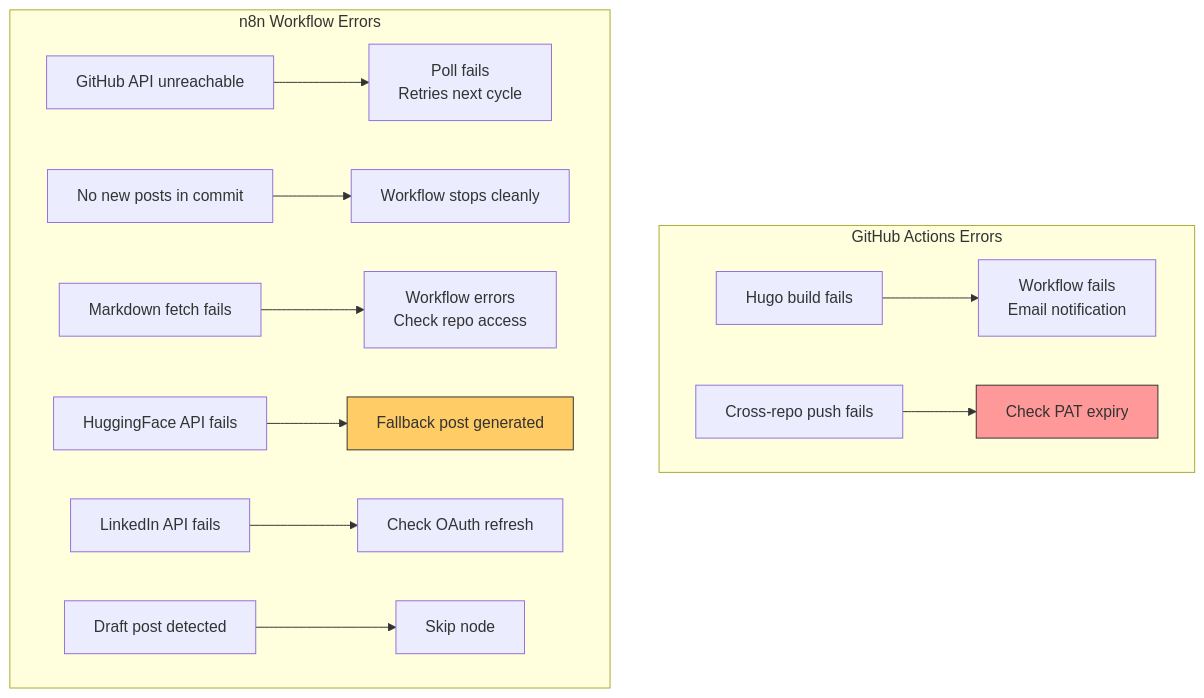
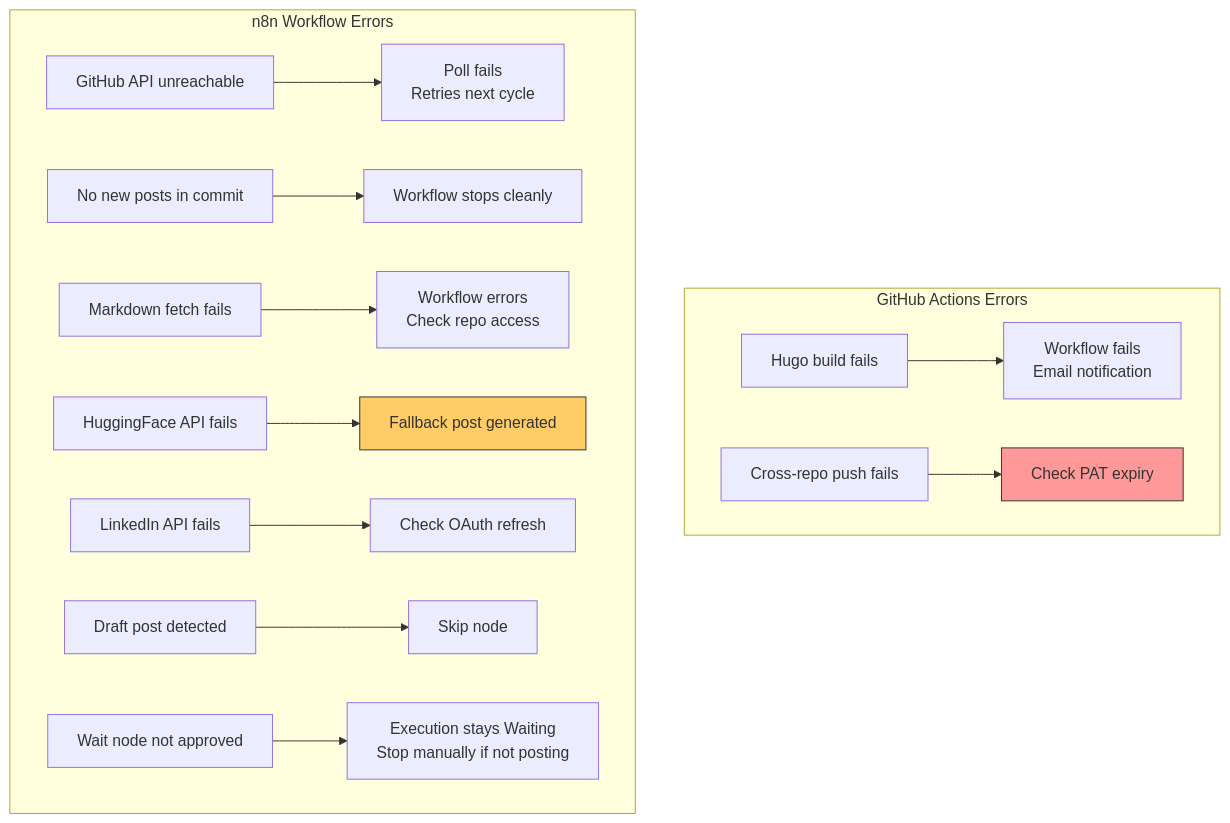
One commit to thatsmeadarsh/n8n-powered-auto-web-publish changed the fourth of 4 diagrams in docs/workflow-documentation.md. Above: the diagram before and after it, drawn with Mermaid. The commit also changed other lines of this file and 2 other files, not shown here.

First line of the commit message:
Update all architectural docs to reflect current system state

````diff
--- a/docs/workflow-documentation.md
+++ b/docs/workflow-documentation.md
@@ -385,19 +409,20 @@
 ```mermaid
 graph TD
     subgraph Actions["GitHub Actions Errors"]
         AE1["Hugo build fails"] --> AA1["Workflow fails<br/>Email notification"]
         AE2["Cross-repo push fails"] --> AA2["Check PAT expiry"]
     end
 
     subgraph n8n["n8n Workflow Errors"]
         NE1["GitHub API unreachable"] --> NA1["Poll fails<br/>Retries next cycle"]
         NE2["No new posts in commit"] --> NA2["Workflow stops cleanly"]
         NE3["Markdown fetch fails"] --> NA3["Workflow errors<br/>Check repo access"]
         NE4["HuggingFace API fails"] --> NA4["Fallback post generated"]
         NE5["LinkedIn API fails"] --> NA5["Check OAuth refresh"]
         NE6["Draft post detected"] --> NA6["Skip node"]
+        NE7["Wait node not approved"] --> NA7["Execution stays Waiting<br/>Stop manually if not posting"]
     end
 
     style NA4 fill:#ffcc66,stroke:#333
     style AA2 fill:#ff9999,stroke:#333
 ```
````
